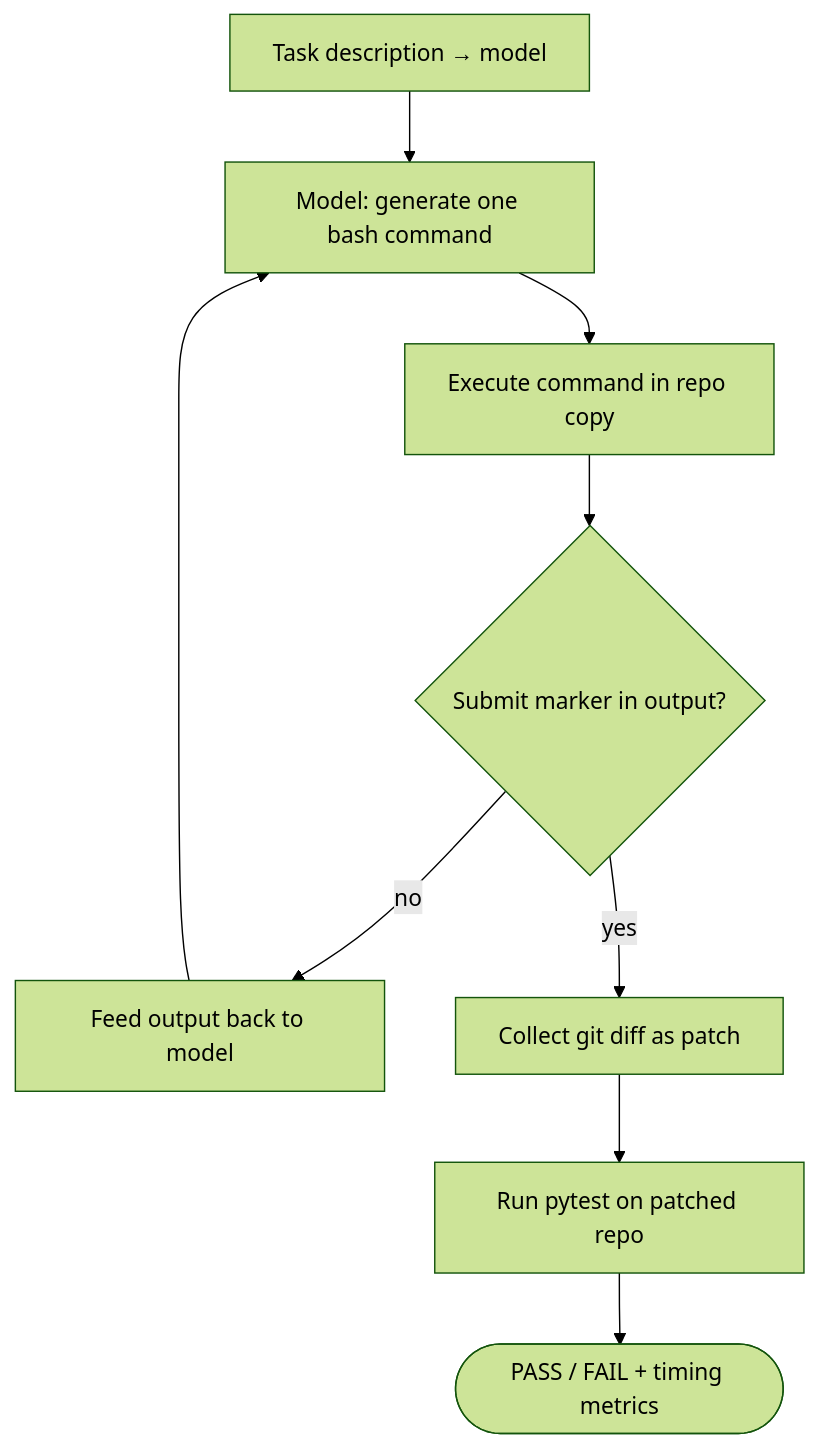
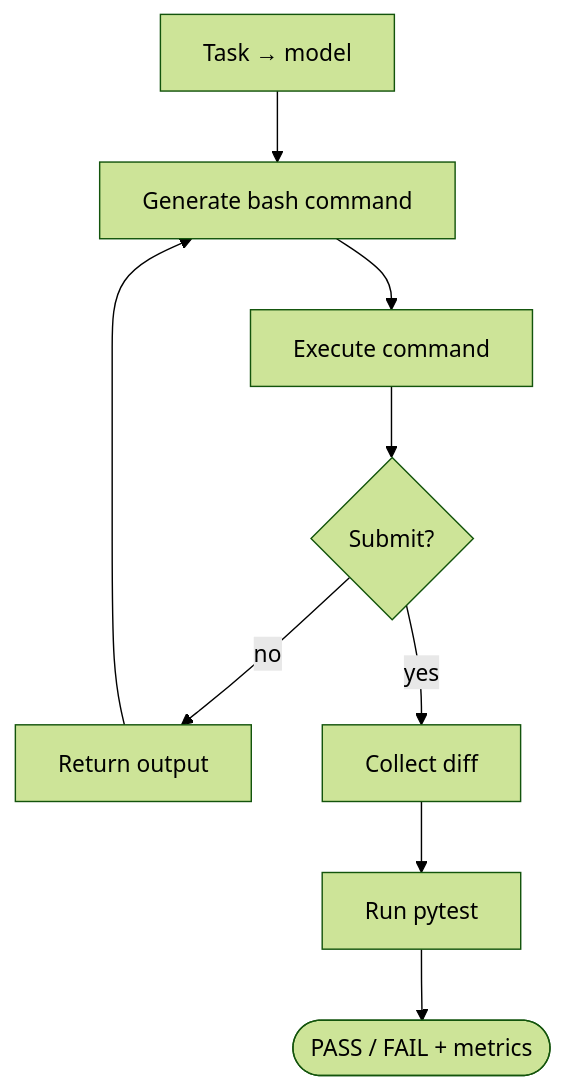
The second of 3 diagrams in report/report.md (djstockma/researchProjectData), drawn with Mermaid (forest theme) before and after one commit. The commit also changed other lines of this file and 2 other files, not shown here.

````diff
--- a/report/report.md
+++ b/report/report.md
@@ -98,20 +87,20 @@
 ```mermaid
 flowchart TD
-    START["Task description → model"]
-    THINK["Model: generate one bash command"]
-    RUN["Execute command in repo copy"]
-    CHECK{Submit marker in output?}
-    OBS["Feed output back to model"]
-    SUBMIT["Collect git diff as patch"]
-    TEST["Run pytest on patched repo"]
-    RESULT(["PASS / FAIL + timing metrics"])
+    START["Task → model"]
+    THINK["Generate bash command"]
+    RUN["Execute command"]
+    CHECK{Submit?}
+    OBS["Return output"]
+    SUBMIT["Collect diff"]
+    TEST["Run pytest"]
+    RESULT(["PASS / FAIL + metrics"])
 
     START --> THINK
     THINK --> RUN
     RUN --> CHECK
     CHECK -->|no| OBS
     OBS --> THINK
     CHECK -->|yes| SUBMIT
     SUBMIT --> TEST
     TEST --> RESULT
 ```
````
